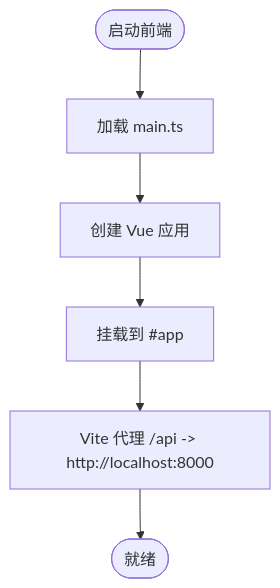
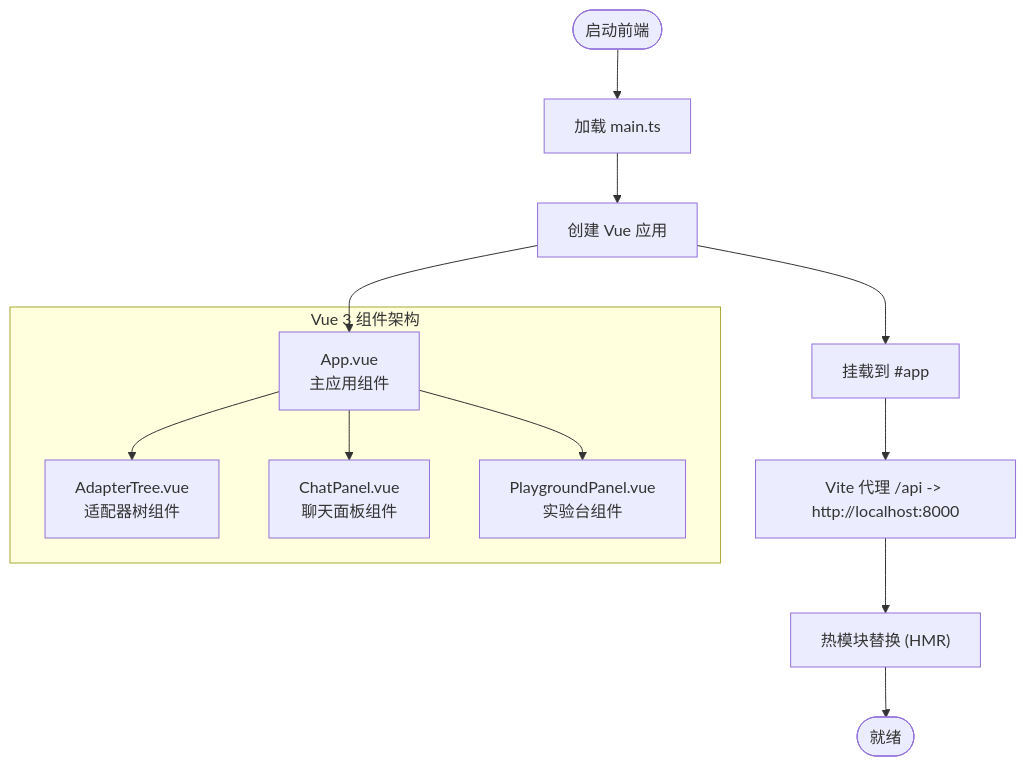
One commit to king-l6/agent_application_development changed the fourth of 7 diagrams in .qoder/repowiki/zh/content/项目概述/技术栈与工具.md. Above: the diagram before and after it, drawn with Mermaid. The commit also changed other lines of this file and 425 other files, not shown here.

````diff
--- a/.qoder/repowiki/zh/content/项目概述/技术栈与工具.md
+++ b/.qoder/repowiki/zh/content/项目概述/技术栈与工具.md
@@ -176,8 +217,19 @@
 ```mermaid
 flowchart TD
 Start(["启动前端"]) --> LoadMain["加载 main.ts"]
 LoadMain --> CreateApp["创建 Vue 应用"]
 CreateApp --> Mount["挂载到 #app"]
 Mount --> DevProxy["Vite 代理 /api -> http://localhost:8000"]
-DevProxy --> End(["就绪"])
+DevProxy --> HMR["热模块替换 (HMR)"]
+HMR --> End(["就绪"])
+subgraph "Vue 3 组件架构"
+COMP1["App.vue<br/>主应用组件"]
+COMP2["AdapterTree.vue<br/>适配器树组件"]
+COMP3["ChatPanel.vue<br/>聊天面板组件"]
+COMP4["PlaygroundPanel.vue<br/>实验台组件"]
+end
+CreateApp --> COMP1
+COMP1 --> COMP2
+COMP1 --> COMP3
+COMP1 --> COMP4
 ```
````
